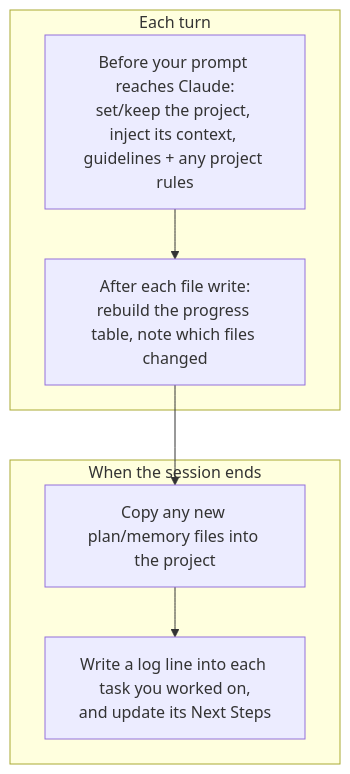
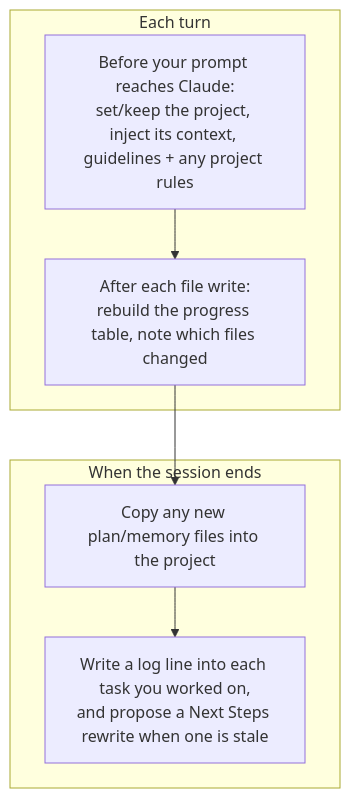
One commit to gigamori/ai-agent-toolkit changed the seventh of 7 diagrams in plugins/taskflow/USER_GUIDE.md. Above: the diagram before and after it, drawn with Mermaid. The commit also changed other lines of this file and 7 other files, not shown here.

````diff
--- a/plugins/taskflow/USER_GUIDE.md
+++ b/plugins/taskflow/USER_GUIDE.md
@@ -303,12 +303,12 @@
 ```mermaid
 flowchart TD
     subgraph turn["Each turn"]
         A["Before your prompt reaches Claude:<br/>set/keep the project, inject its context, guidelines + any project rules"]
         B["After each file write:<br/>rebuild the progress table, note which files changed"]
     end
     subgraph end_["When the session ends"]
         C["Copy any new plan/memory files into the project"]
-        D["Write a log line into each task you worked on,<br/>and update its Next Steps"]
+        D["Write a log line into each task you worked on,<br/>and propose a Next Steps rewrite when one is stale"]
     end
     A --> B --> C --> D
 ```
````
